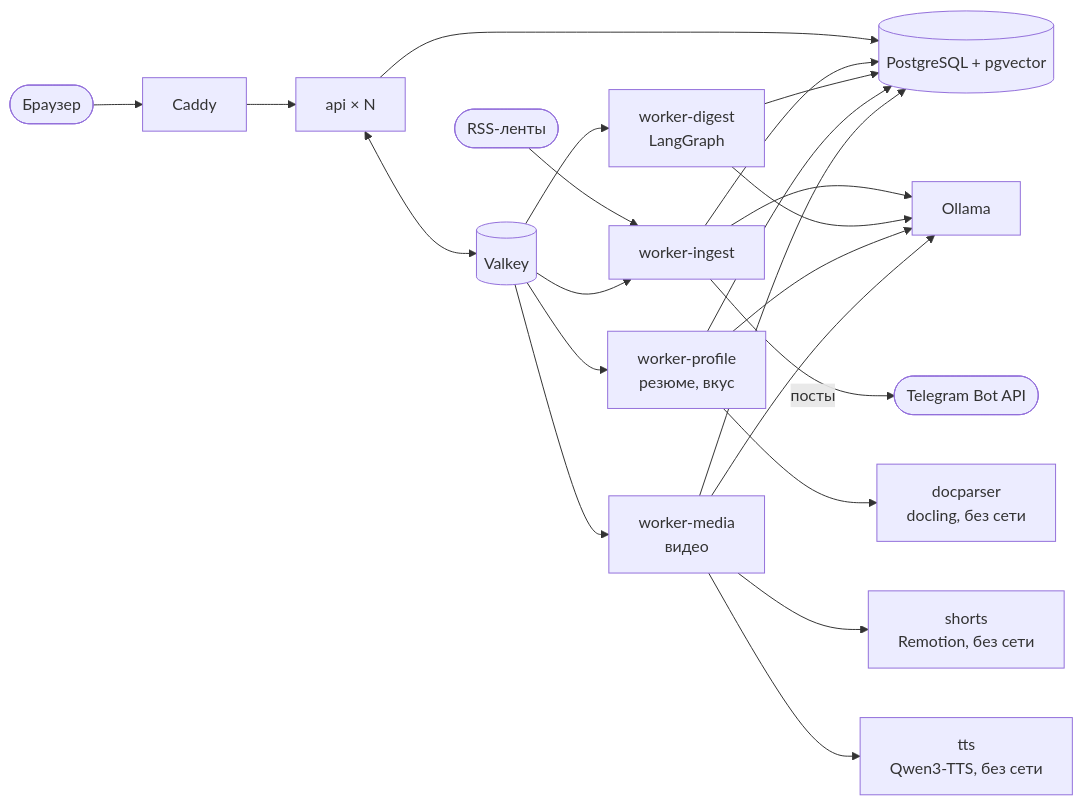
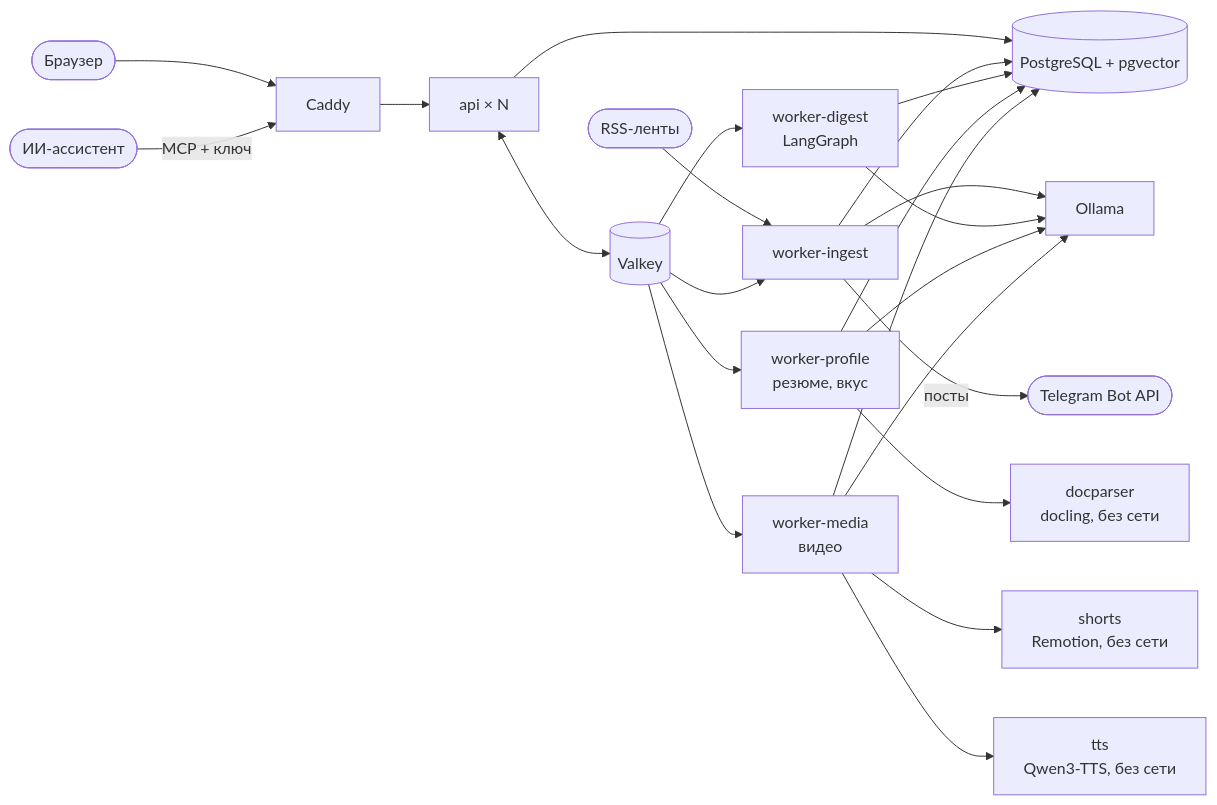
One commit to verikirill/scrap-and-grep changed the diagram in README.md. Above: the diagram before and after it, drawn with Mermaid. The commit also changed other lines of this file and 19 other files, not shown here.

First line of the commit message:
docs: Tail&Grep, the MCP server, reading time, profile icons, flowing selection

````diff
--- a/README.md
+++ b/README.md
@@ -140,24 +159,25 @@
 ```mermaid
 flowchart LR
     feeds([RSS-ленты]) --> wi[worker-ingest]
     browser([Браузер]) --> web[Caddy]
     web --> api[api × N]
     api --> pg[(PostgreSQL + pgvector)]
     api <--> vk[(Valkey)]
     vk --> wi
     vk --> wd[worker-digest<br/>LangGraph]
     vk --> wp[worker-profile<br/>резюме, вкус]
     wp --> dp[docparser<br/>docling, без сети]
     vk --> wm[worker-media<br/>видео]
     wm --> sh[shorts<br/>Remotion, без сети]
     wm --> tts[tts<br/>Qwen3-TTS, без сети]
     wi --> pg
     wd --> pg
     wp --> pg
     wm --> pg
     wi --> ollama[Ollama]
     wd --> ollama
     wp --> ollama
     wm --> ollama
     wi -- посты --> tg([Telegram Bot API])
+    ai([ИИ-ассистент]) -- MCP + ключ --> web
 ```
````
